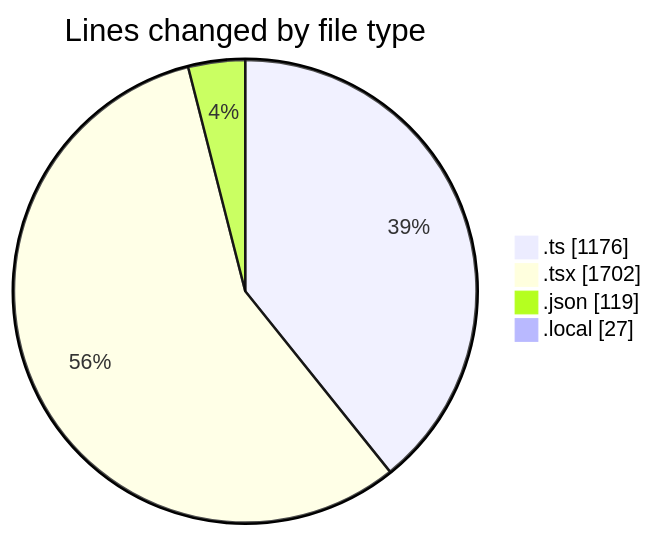
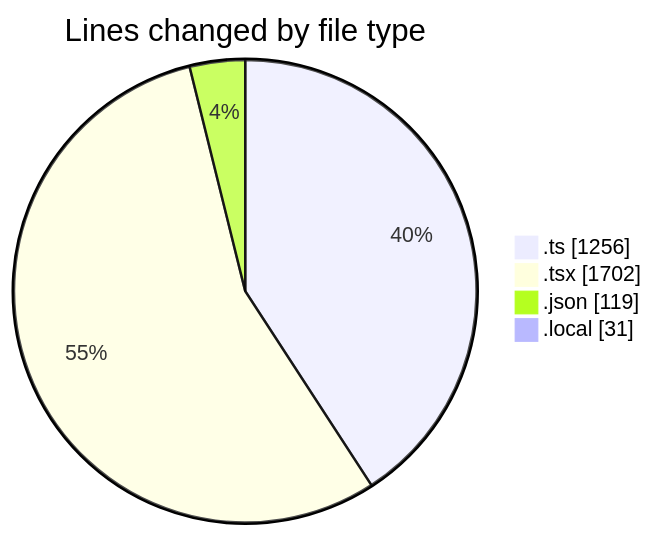
Before and after one commit to julien-gomy/code-tracking: the first of 2 diagrams in 2025-11-10/eventscop-frontend-guide__workspace_/README.md, drawn with Mermaid. The commit also changed other lines of this file and 1 other file, not shown here.

````diff
--- a/2025-11-10/eventscop-frontend-guide__workspace_/README.md
+++ b/2025-11-10/eventscop-frontend-guide__workspace_/README.md
@@ -45,8 +46,8 @@
 ```mermaid
 pie showData
 title Lines changed by file type
-".ts" : 1176
+".ts" : 1256
 ".tsx" : 1702
 ".json" : 119
-".local" : 27
+".local" : 31
 ```
````
